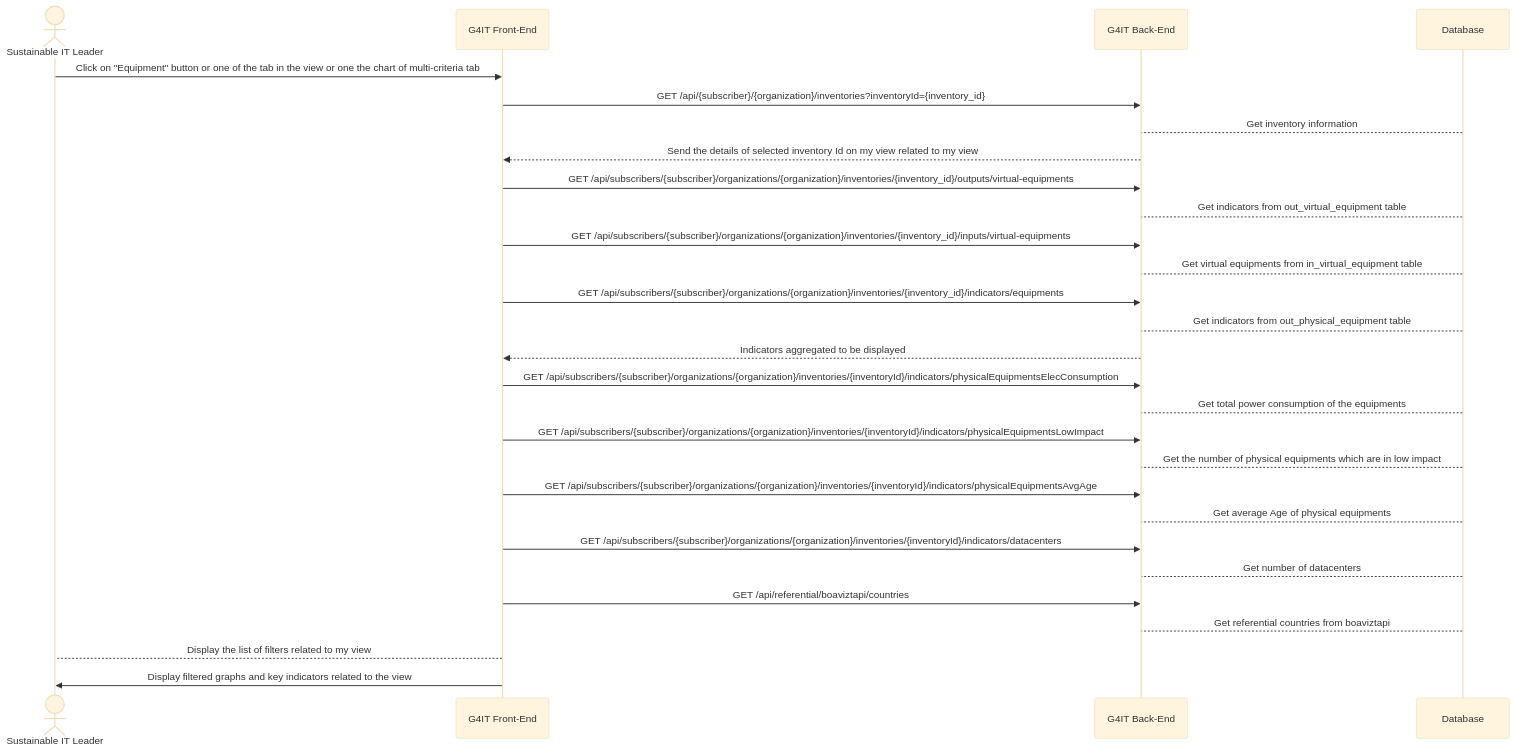
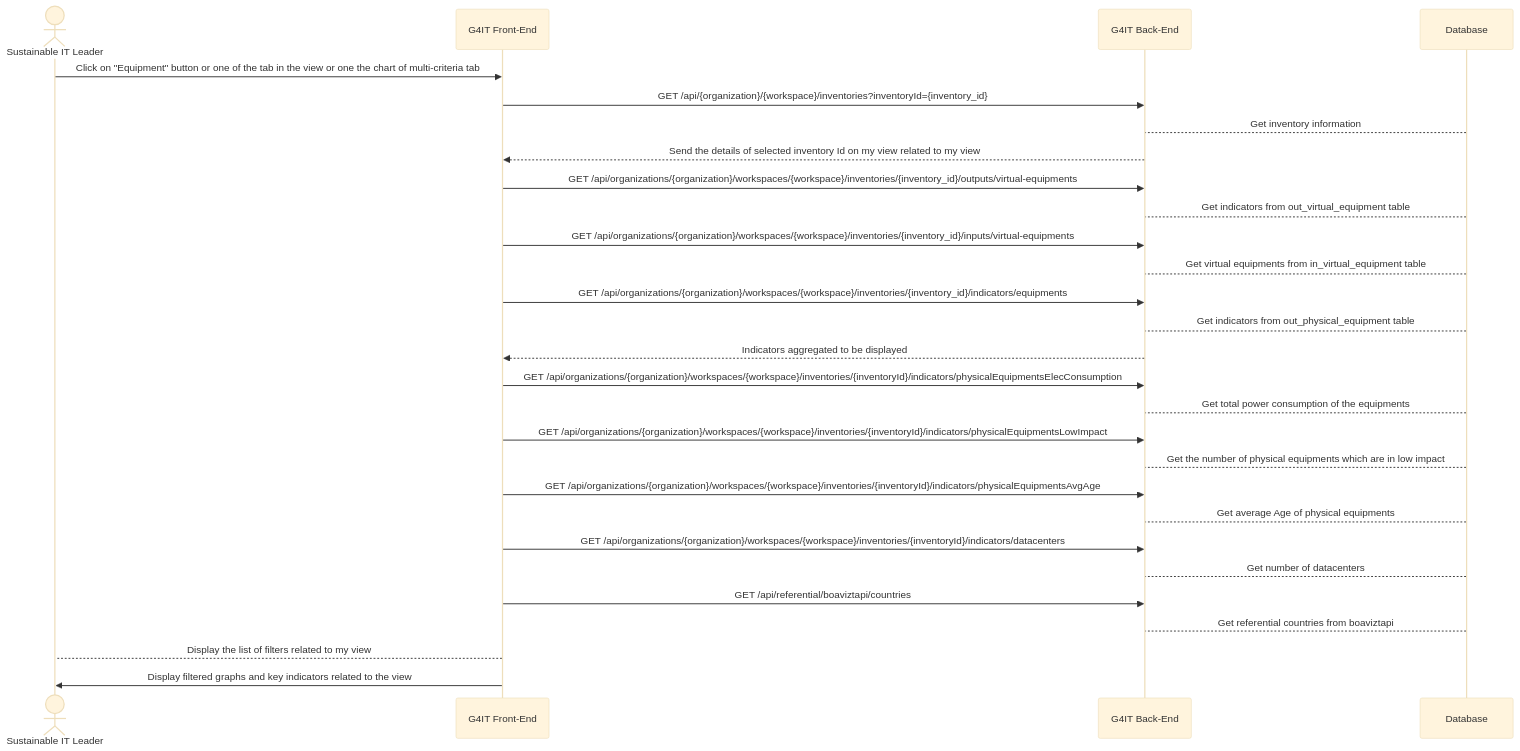
One commit to teamg4it/g4it changed the second of 2 diagrams in services/documentation/content/2-functional-documentation/use_cases/uc_inventory/uc5_visualize_equipment_footprint.md. Above: the diagram before and after it, drawn with Mermaid (base theme). The commit also changed other lines of this file and 92 other files, not shown here.

```diff
--- a/services/documentation/content/2-functional-documentation/use_cases/uc_inventory/uc5_visualize_equipment_footprint.md
+++ b/services/documentation/content/2-functional-documentation/use_cases/uc_inventory/uc5_visualize_equipment_footprint.md
@@ -159,31 +159,31 @@
 {{< mermaid >}}
 sequenceDiagram
 actor RND as Sustainable IT Leader
 participant front as G4IT Front-End
 participant back as G4IT Back-End
 participant Database
 RND ->> front: Click on "Equipment" button or one of the tab in the view or one the chart of multi-criteria tab
-front ->> back: GET /api/{subscriber}/{organization}/inventories?inventoryId={inventory_id}
+front ->> back: GET /api/{organization}/{workspace}/inventories?inventoryId={inventory_id}
 Database--> back: Get inventory information
 back -->> front: Send the details of selected inventory Id on my view related to my view
-front ->> back: GET /api/subscribers/{subscriber}/organizations/{organization}/inventories/{inventory_id}/outputs/virtual-equipments
+front ->> back: GET /api/organizations/{organization}/workspaces/{workspace}/inventories/{inventory_id}/outputs/virtual-equipments
 Database--> back: Get indicators from out_virtual_equipment table
-front ->> back: GET /api/subscribers/{subscriber}/organizations/{organization}/inventories/{inventory_id}/inputs/virtual-equipments
+front ->> back: GET /api/organizations/{organization}/workspaces/{workspace}/inventories/{inventory_id}/inputs/virtual-equipments
 Database--> back: Get virtual equipments from in_virtual_equipment table
-front ->> back: GET /api/subscribers/{subscriber}/organizations/{organization}/inventories/{inventory_id}/indicators/equipments
+front ->> back: GET /api/organizations/{organization}/workspaces/{workspace}/inventories/{inventory_id}/indicators/equipments
 Database--> back: Get indicators from out_physical_equipment table
 back -->> front: Indicators aggregated to be displayed
-front ->> back: GET /api/subscribers/{subscriber}/organizations/{organization}/inventories/{inventoryId}/indicators/physicalEquipmentsElecConsumption
+front ->> back: GET /api/organizations/{organization}/workspaces/{workspace}/inventories/{inventoryId}/indicators/physicalEquipmentsElecConsumption
 Database --> back : Get total power consumption of the equipments
-front ->> back: GET /api/subscribers/{subscriber}/organizations/{organization}/inventories/{inventoryId}/indicators/physicalEquipmentsLowImpact
+front ->> back: GET /api/organizations/{organization}/workspaces/{workspace}/inventories/{inventoryId}/indicators/physicalEquipmentsLowImpact
 Database --> back : Get the number of physical equipments which are in low impact
-front ->> back: GET /api/subscribers/{subscriber}/organizations/{organization}/inventories/{inventoryId}/indicators/physicalEquipmentsAvgAge
+front ->> back: GET /api/organizations/{organization}/workspaces/{workspace}/inventories/{inventoryId}/indicators/physicalEquipmentsAvgAge
 Database --> back : Get average Age of physical equipments
-front ->> back: GET /api/subscribers/{subscriber}/organizations/{organization}/inventories/{inventoryId}/indicators/datacenters
+front ->> back: GET /api/organizations/{organization}/workspaces/{workspace}/inventories/{inventoryId}/indicators/datacenters
 Database --> back : Get number of datacenters
 front ->> back: GET /api/referential/boaviztapi/countries
 Database --> back : Get referential countries from boaviztapi
 front --> RND: Display the list of filters related to my view
 front ->> RND: Display filtered graphs and key indicators related to the view
 
 {{< /mermaid >}}
```
